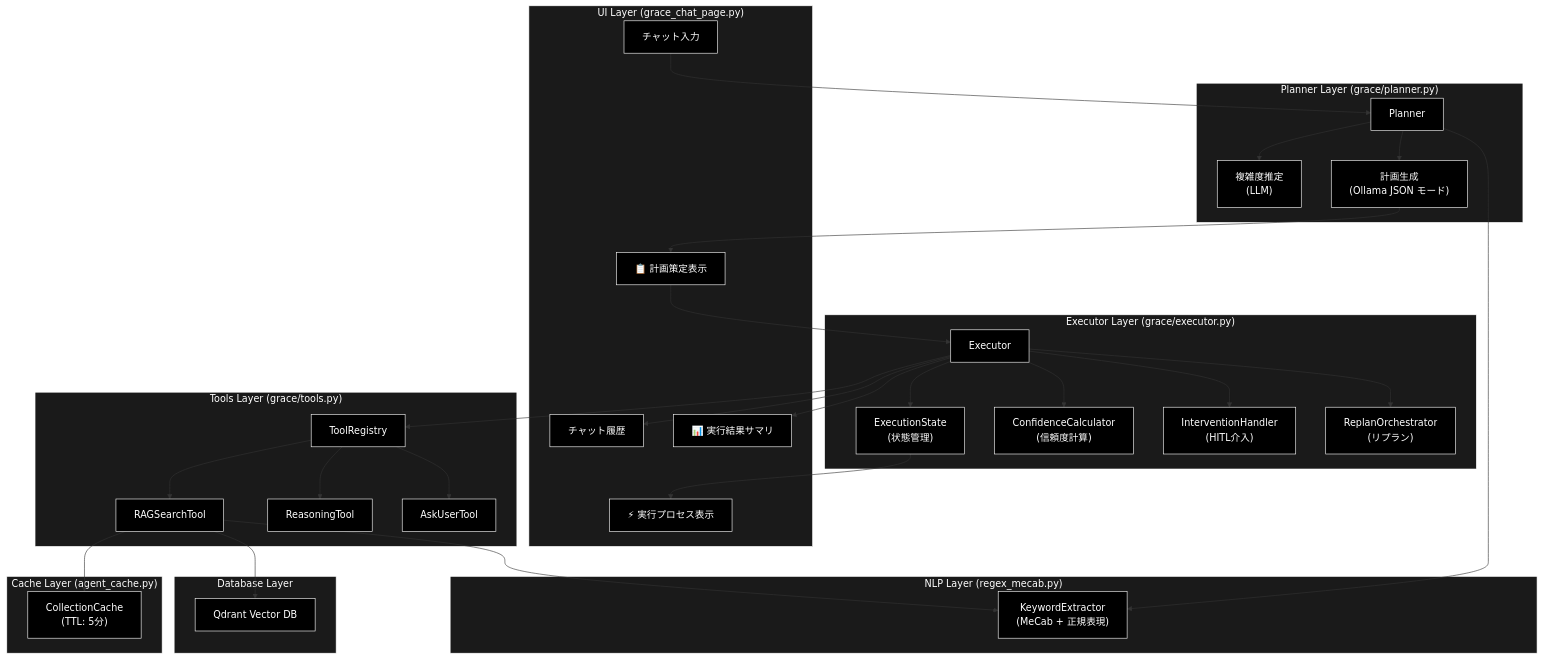
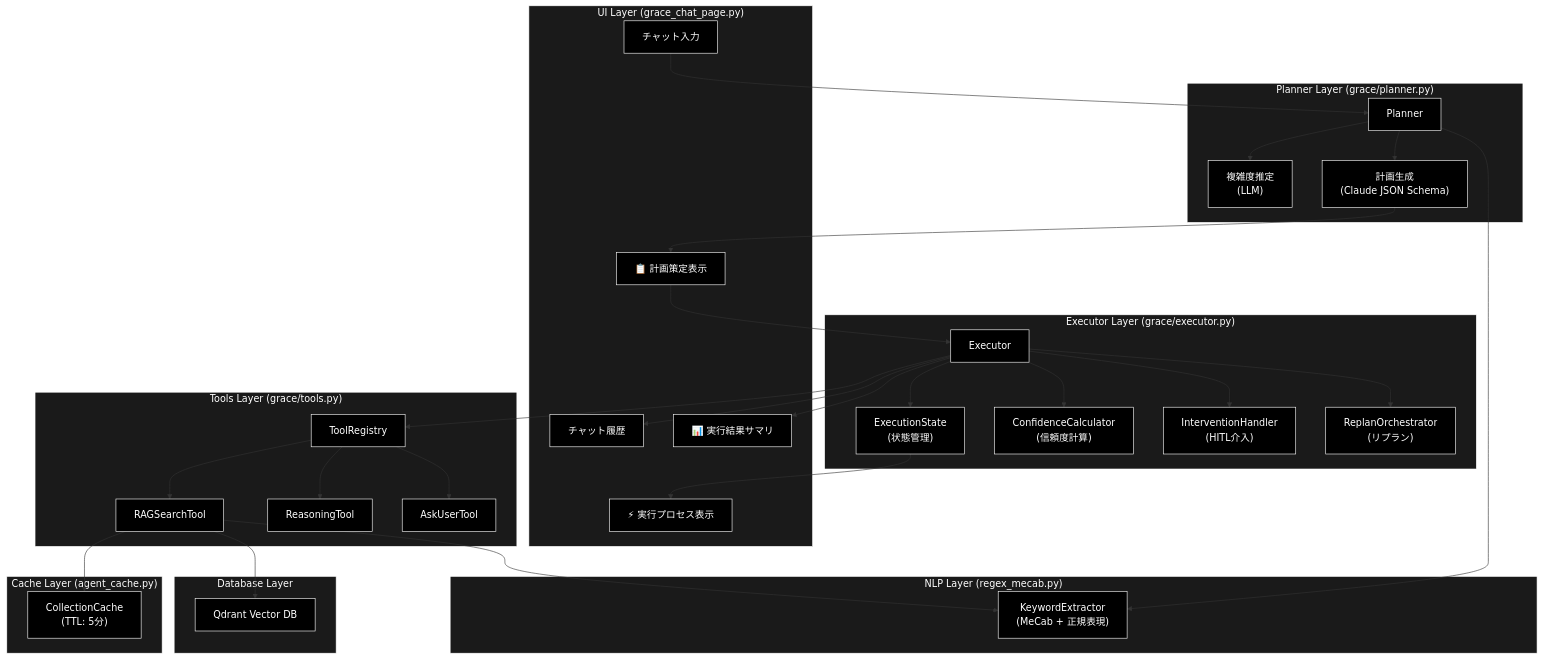
The first of 13 diagrams in README.md (nakashima2toshio/ollama_grace_agent_v2), drawn with Mermaid before and after one commit. The commit also changed other lines of this file and 11 other files, not shown here.

````diff
--- a/README.md
+++ b/README.md
@@ -100,74 +221,74 @@
 ```mermaid
 flowchart TB
     subgraph UI["UI Layer (grace_chat_page.py)"]
         ChatInput["チャット入力"]
         ChatHistory["チャット履歴"]
         PlanView["📋 計画策定表示"]
         ExecView["⚡ 実行プロセス表示"]
         ResultView["📊 実行結果サマリ"]
     end
 
     subgraph Planner_Layer["Planner Layer (grace/planner.py)"]
         Planner["Planner"]
         ComplexityEstimator["複雑度推定<br/>(LLM)"]
-        PlanGeneration["計画生成<br/>(Ollama JSON モード)"]
+        PlanGeneration["計画生成<br/>(Claude JSON Schema)"]
     end
 
     subgraph Executor_Layer["Executor Layer (grace/executor.py)"]
         Executor["Executor"]
         StateManager["ExecutionState<br/>(状態管理)"]
         ConfCalc["ConfidenceCalculator<br/>(信頼度計算)"]
         IntHandler["InterventionHandler<br/>(HITL介入)"]
         ReplanOrch["ReplanOrchestrator<br/>(リプラン)"]
     end
 
     subgraph Tools["Tools Layer (grace/tools.py)"]
         ToolRegistry["ToolRegistry"]
         RAGSearch["RAGSearchTool"]
         Reasoning["ReasoningTool"]
         AskUser["AskUserTool"]
     end
 
     subgraph Cache["Cache Layer (agent_cache.py)"]
         CollectionCache["CollectionCache<br/>(TTL: 5分)"]
     end
 
     subgraph NLP["NLP Layer (regex_mecab.py)"]
         KeywordExtractor["KeywordExtractor<br/>(MeCab + 正規表現)"]
     end
 
     subgraph DB["Database Layer"]
         Qdrant["Qdrant Vector DB"]
     end
 
     ChatInput --> Planner
     Planner --> ComplexityEstimator
     Planner --> PlanGeneration
     PlanGeneration --> PlanView
     PlanView --> Executor
     Executor --> StateManager
     Executor --> ConfCalc
     Executor --> IntHandler
     Executor --> ReplanOrch
     Executor --> ToolRegistry
     ToolRegistry --> RAGSearch
     ToolRegistry --> Reasoning
     ToolRegistry --> AskUser
     RAGSearch --> CollectionCache
     RAGSearch --> Qdrant
     Planner --> KeywordExtractor
     RAGSearch --> KeywordExtractor
     StateManager --> ExecView
     Executor --> ResultView
     Executor --> ChatHistory
 classDef default fill:#000,stroke:#fff,color:#fff
 classDef subgraphStyle fill:#1a1a1a,stroke:#fff,color:#fff
 class ChatInput,ChatHistory,PlanView,ExecView,ResultView,Planner,ComplexityEstimator,PlanGeneration,Executor,StateManager,ConfCalc,IntHandler,ReplanOrch,ToolRegistry,RAGSearch,Reasoning,AskUser,CollectionCache,KeywordExtractor,Qdrant default
 style UI fill:#1a1a1a,stroke:#fff,color:#fff
 style Planner_Layer fill:#1a1a1a,stroke:#fff,color:#fff
 style Executor_Layer fill:#1a1a1a,stroke:#fff,color:#fff
 style Tools fill:#1a1a1a,stroke:#fff,color:#fff
 style Cache fill:#1a1a1a,stroke:#fff,color:#fff
 style NLP fill:#1a1a1a,stroke:#fff,color:#fff
 style DB fill:#1a1a1a,stroke:#fff,color:#fff
 ```
````
